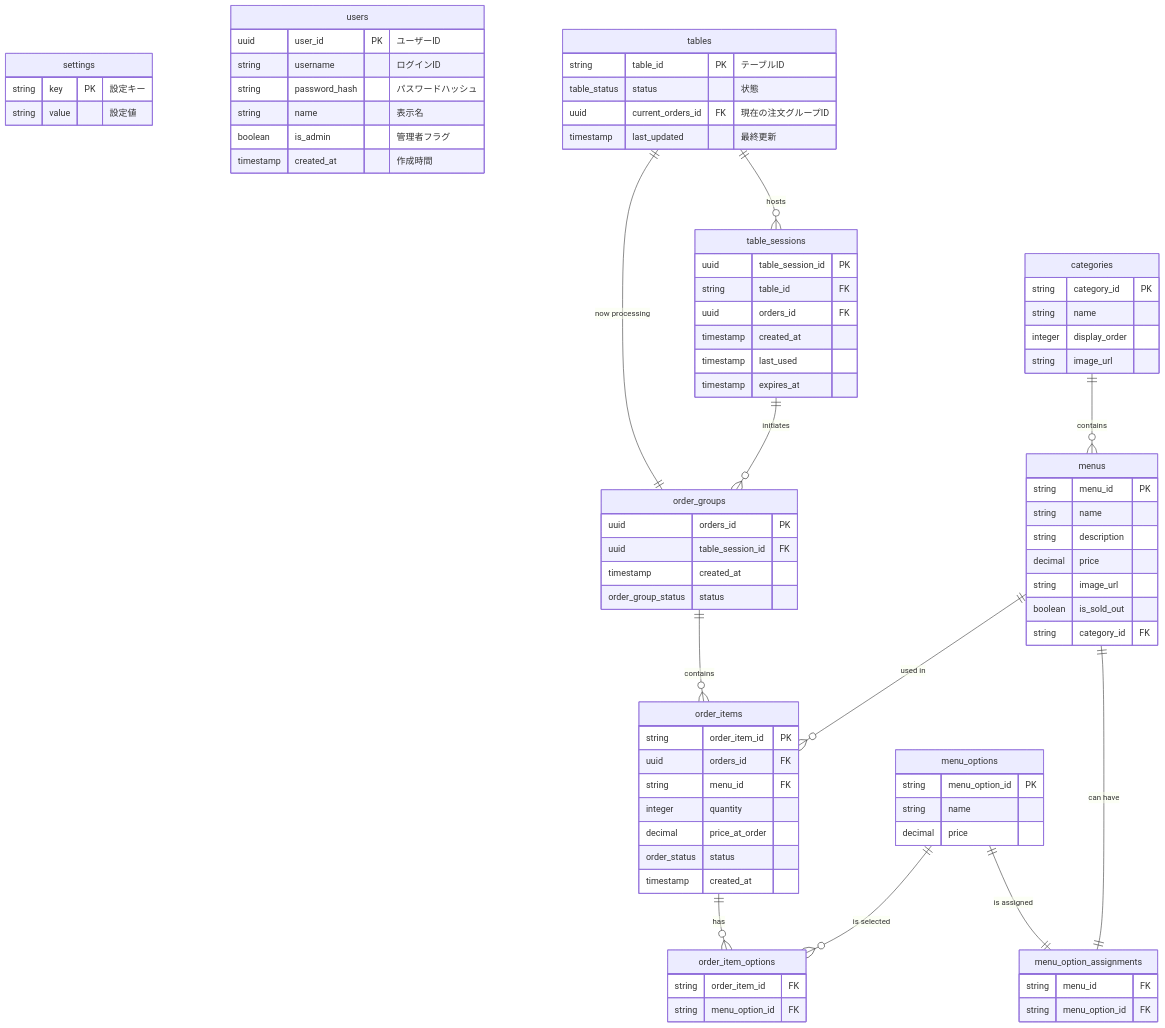
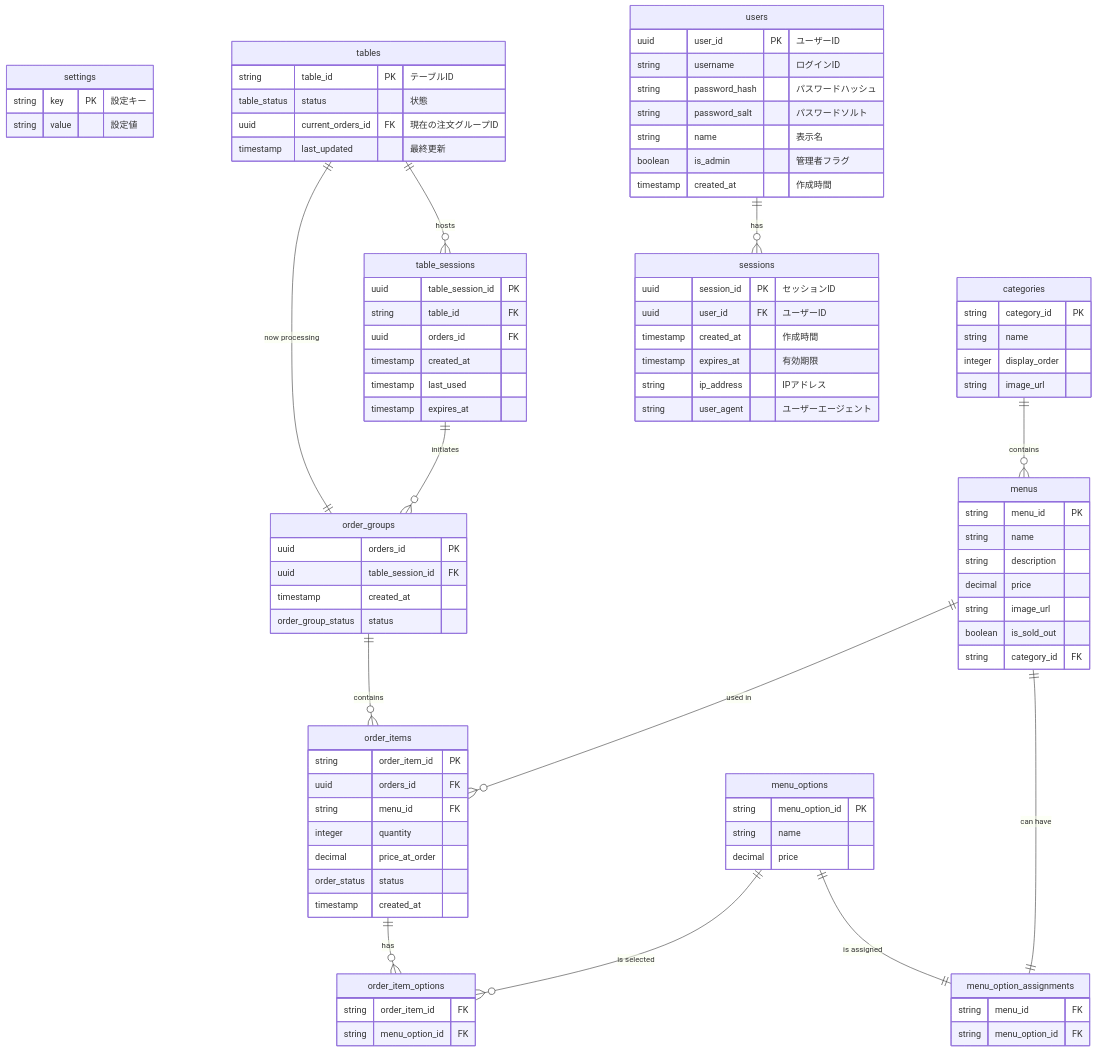
The diagram in .docs/database/er_diagram.md (inoUwU/pinu), drawn with Mermaid before and after one commit. The commit also changed other lines of this file and 1 other file, not shown here.

Commit message:
feat(database): ✨ ユーザーセッション管理のためのテーブルを追加
- `sessions`テーブルを追加し、ユーザーのログインセッション情報を管理します。
- `password_salt`フィールドを`users`テーブルに追加しました。

````diff
--- a/.docs/database/er_diagram.md
+++ b/.docs/database/er_diagram.md
@@ -11,6 +11,7 @@
         uuid user_id PK "ユーザーID"
         string username "ログインID"
         string password_hash "パスワードハッシュ"
+        string password_salt "パスワードソルト"
         string name "表示名"
         boolean is_admin "管理者フラグ"
         timestamp created_at "作成時間"
@@ -82,6 +83,15 @@
         string menu_option_id FK
     }
 
+    sessions {
+        uuid session_id PK "セッションID"
+        uuid user_id FK "ユーザーID"
+        timestamp created_at "作成時間"
+        timestamp expires_at "有効期限"
+        string ip_address "IPアドレス"
+        string user_agent "ユーザーエージェント"
+    }
+
     categories ||--o{ menus : "contains"
     menus ||--o{ order_items : "used in"
     menus ||--|| menu_option_assignments : "can have"
@@ -92,4 +102,5 @@
     table_sessions ||--o{ order_groups : "initiates"
     order_groups ||--o{ order_items : "contains"
     tables ||--|| order_groups : "now processing"
+    users ||--o{ sessions : "has"
 ```
````
